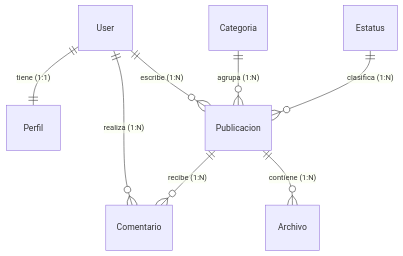
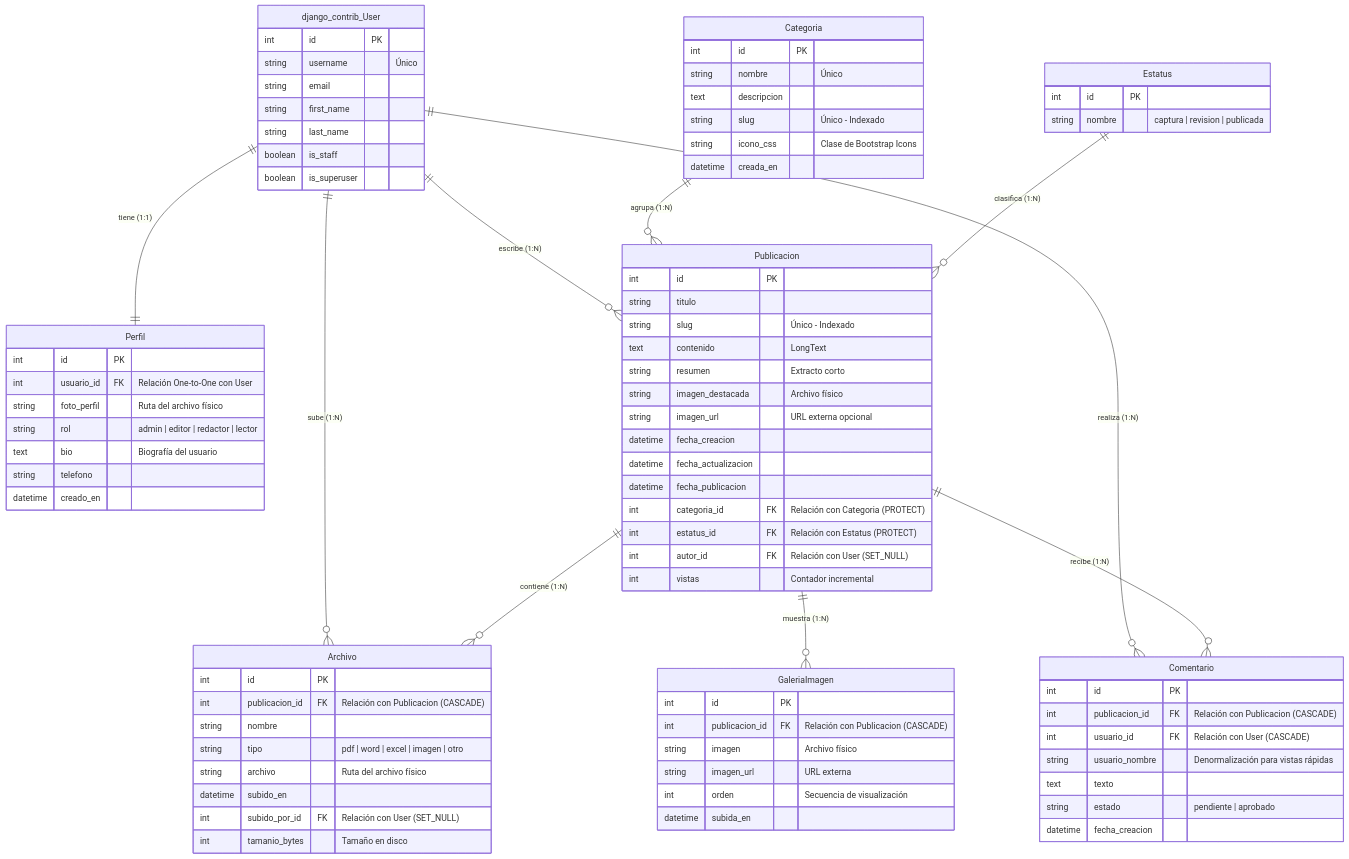
Before and after one commit to Juanito-Diaz/Canacintra: the diagram in README.md, drawn with Mermaid. The commit also changed other lines of this file, not shown here.

````diff
--- a/README.md
+++ b/README.md
@@ -104,10 +103,95 @@
 ```mermaid
 erDiagram
-    User ||--|| Perfil : "tiene (1:1)"
-    User ||--o{ Publicacion : "escribe (1:N)"
-    User ||--o{ Comentario : "realiza (1:N)"
+    django_contrib_User ||--|| Perfil : "tiene (1:1)"
+    django_contrib_User ||--o{ Publicacion : "escribe (1:N)"
+    django_contrib_User ||--o{ Archivo : "sube (1:N)"
+    django_contrib_User ||--o{ Comentario : "realiza (1:N)"
+    
     Categoria ||--o{ Publicacion : "agrupa (1:N)"
     Estatus ||--o{ Publicacion : "clasifica (1:N)"
+    
     Publicacion ||--o{ Archivo : "contiene (1:N)"
+    Publicacion ||--o{ GaleriaImagen : "muestra (1:N)"
     Publicacion ||--o{ Comentario : "recibe (1:N)"
+
+    django_contrib_User {
+        int id PK
+        string username "Único"
+        string email
+        string first_name
+        string last_name
+        boolean is_staff
+        boolean is_superuser
+    }
+
+    Perfil {
+        int id PK
+        int usuario_id FK "Relación One-to-One con User"
+        string foto_perfil "Ruta del archivo físico"
+        string rol "admin | editor | redactor | lector"
+        text bio "Biografía del usuario"
+        string telefono
+        datetime creado_en
+    }
+
+    Categoria {
+        int id PK
+        string nombre "Único"
+        text descripcion
+        string slug "Único - Indexado"
+        string icono_css "Clase de Bootstrap Icons"
+        datetime creada_en
+    }
+
+    Estatus {
+        int id PK
+        string nombre "captura | revision | publicada"
+    }
+
+    Publicacion {
+        int id PK
+        string titulo
+        string slug "Único - Indexado"
+        text contenido "LongText"
+        string resumen "Extracto corto"
+        string imagen_destacada "Archivo físico"
+        string imagen_url "URL externa opcional"
+        datetime fecha_creacion
+        datetime fecha_actualizacion
+        datetime fecha_publicacion
+        int categoria_id FK "Relación con Categoria (PROTECT)"
+        int estatus_id FK "Relación con Estatus (PROTECT)"
+        int autor_id FK "Relación con User (SET_NULL)"
+        int vistas "Contador incremental"
+    }
+
+    Archivo {
+        int id PK
+        int publicacion_id FK "Relación con Publicacion (CASCADE)"
+        string nombre
+        string tipo "pdf | word | excel | imagen | otro"
+        string archivo "Ruta del archivo físico"
+        datetime subido_en
+        int subido_por_id FK "Relación con User (SET_NULL)"
+        int tamanio_bytes "Tamaño en disco"
+    }
+
+    GaleriaImagen {
+        int id PK
+        int publicacion_id FK "Relación con Publicacion (CASCADE)"
+        string imagen "Archivo físico"
+        string imagen_url "URL externa"
+        int orden "Secuencia de visualización"
+        datetime subida_en
+    }
+
+    Comentario {
+        int id PK
+        int publicacion_id FK "Relación con Publicacion (CASCADE)"
+        int usuario_id FK "Relación con User (CASCADE)"
+        string usuario_nombre "Denormalización para vistas rápidas"
+        text texto
+        string estado "pendiente | aprobado"
+        datetime fecha_creacion
+    }
 ```
````
